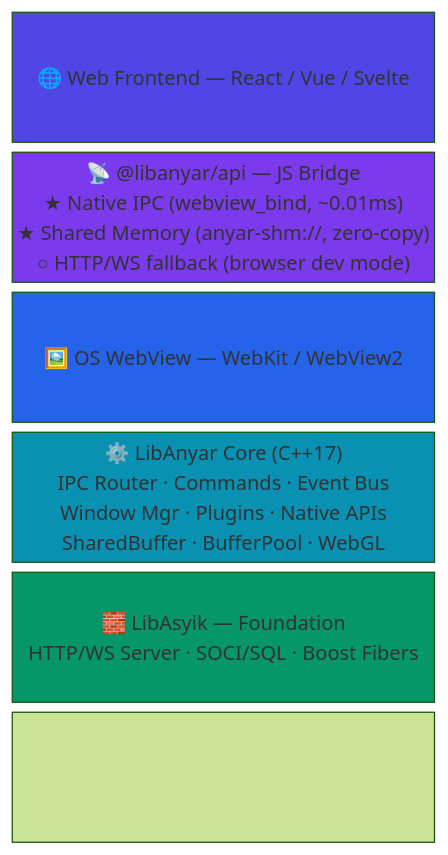
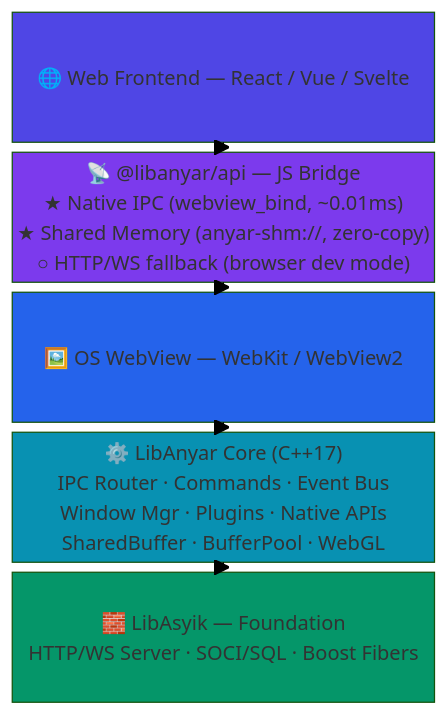
One commit to okyfirmansyah/libanyar changed the first of 2 diagrams in README.md. Above: the diagram before and after it, drawn with Mermaid (forest theme). The commit also changed other lines of this file, not shown here.

````diff
--- a/README.md
+++ b/README.md
@@ -58,18 +59,21 @@
 ```mermaid
 block-beta
   columns 1
 
   A["🌐 Web Frontend — React / Vue / Svelte"]
   B["📡 @libanyar/api — JS Bridge\n★ Native IPC (webview_bind, ~0.01ms)\n★ Shared Memory (anyar-shm://, zero-copy)\n○ HTTP/WS fallback (browser dev mode)"]
   C["🖼️ OS WebView — WebKit / WebView2"]
   D["⚙️ LibAnyar Core (C++17)\nIPC Router · Commands · Event Bus\nWindow Mgr · Plugins · Native APIs\nSharedBuffer · BufferPool · WebGL"]
   E["🧱 LibAsyik — Foundation\nHTTP/WS Server · SOCI/SQL · Boost Fibers"]
 
-  A --> B --> C --> D --> E
+  A -- " " --> B
+  B -- " " --> C
+  C -- " " --> D
+  D -- " " --> E
 
   style A fill:#4f46e5,color:#fff
   style B fill:#7c3aed,color:#fff
   style C fill:#2563eb,color:#fff
   style D fill:#0891b2,color:#fff
   style E fill:#059669,color:#fff
 ```
````
